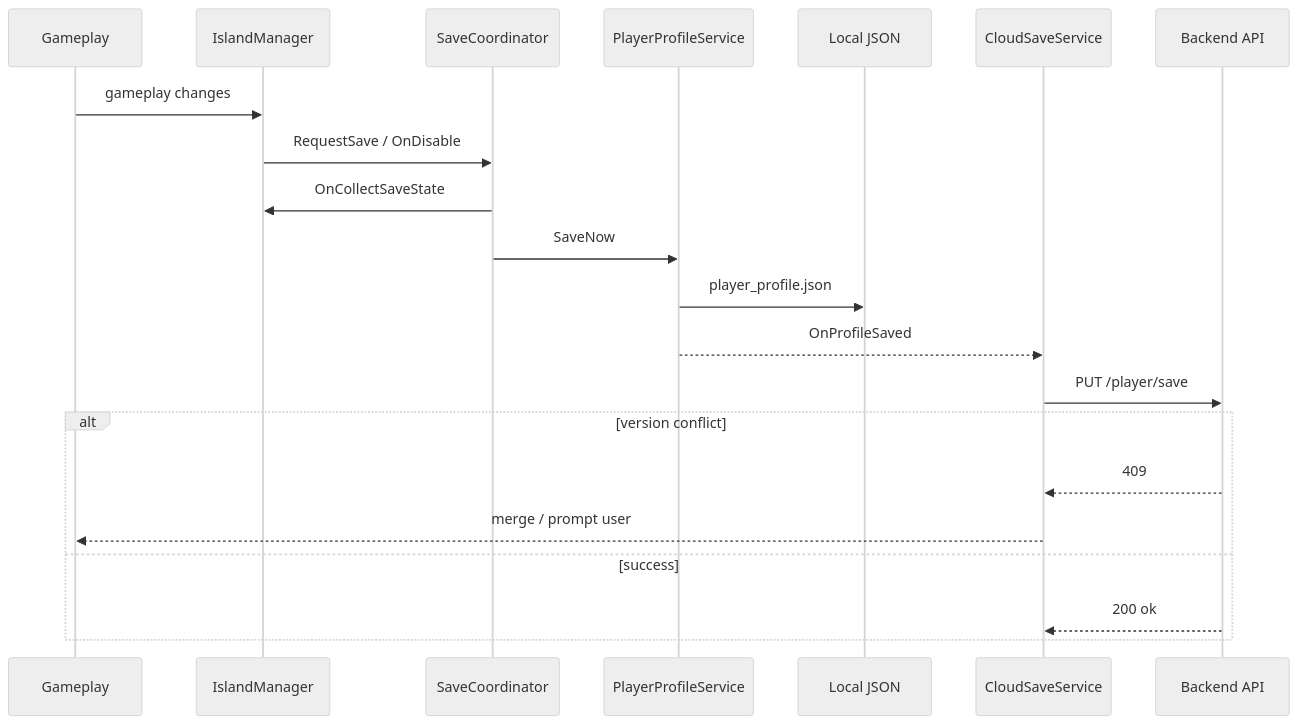
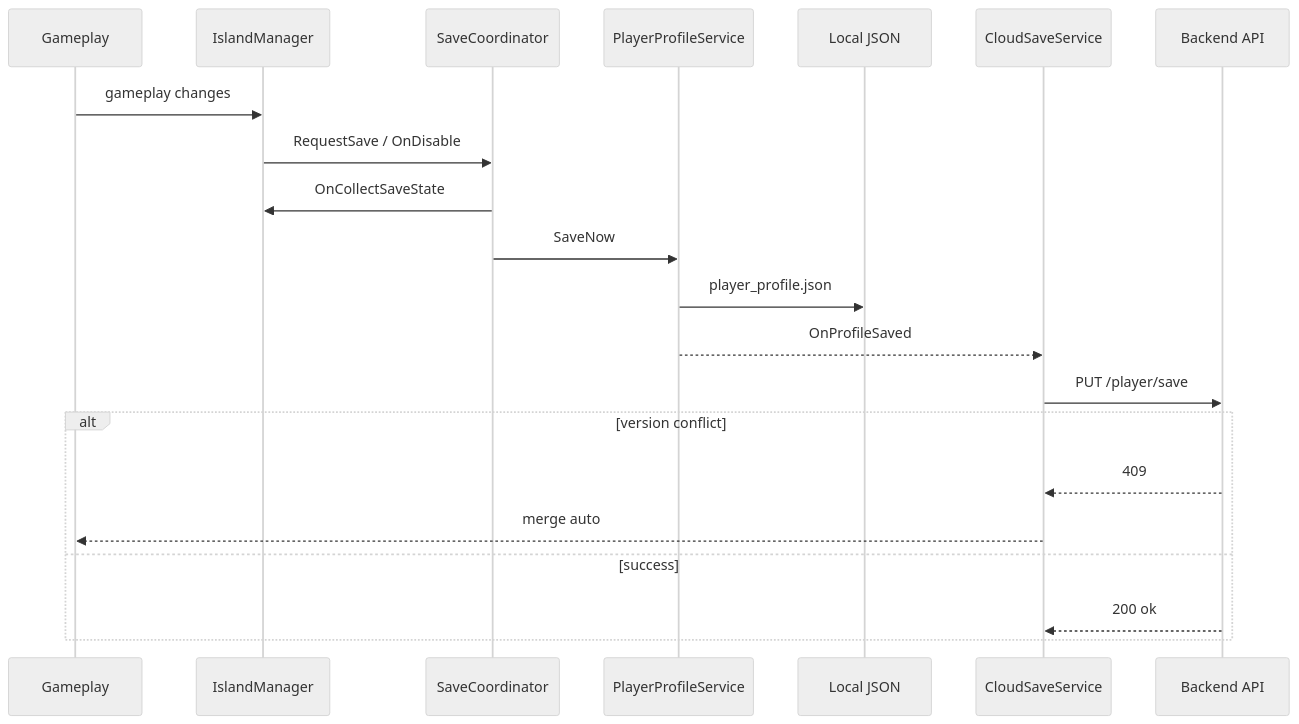
Before and after one commit to ducanhdev-lab/Farm-Simulator: the tenth of 15 diagrams in Assets/_Game/Documentation/FARM_LIFE_DESIGN.md, drawn with Mermaid (neutral theme). The commit also changed other lines of this file and 72 other files, not shown here.

````diff
--- a/Assets/_Game/Documentation/FARM_LIFE_DESIGN.md
+++ b/Assets/_Game/Documentation/FARM_LIFE_DESIGN.md
@@ -344,24 +405,24 @@
 ```mermaid
 sequenceDiagram
     participant G as Gameplay
     participant IM as IslandManager
     participant SC as SaveCoordinator
     participant PS as PlayerProfileService
     participant L as Local JSON
     participant CS as CloudSaveService
     participant API as Backend API
 
     G->>IM: gameplay changes
     IM->>SC: RequestSave / OnDisable
     SC->>IM: OnCollectSaveState
     SC->>PS: SaveNow
     PS->>L: player_profile.json
     PS-->>CS: OnProfileSaved
     CS->>API: PUT /player/save
     alt version conflict
         API-->>CS: 409
-        CS-->>G: merge / prompt user
+        CS-->>G: merge auto
     else success
         API-->>CS: 200 ok
     end
 ```
````
